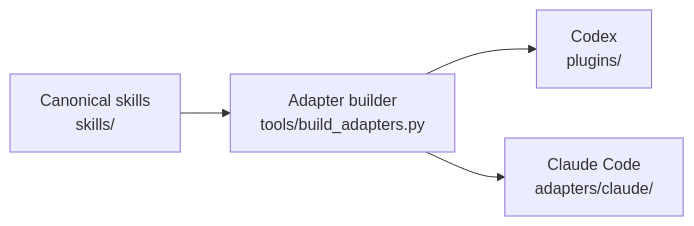
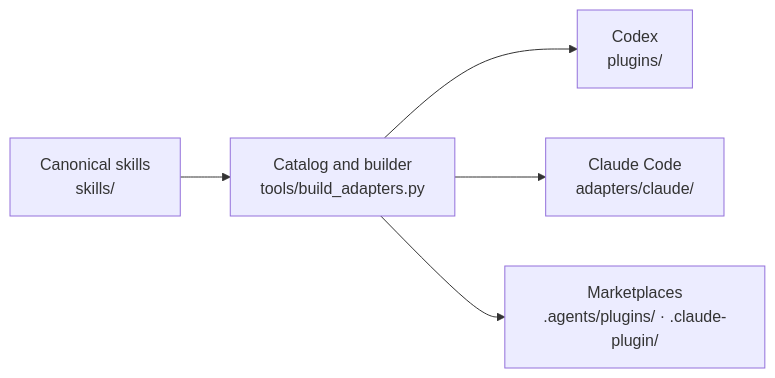
Before and after one commit to Statusnone420/agent-skills: the diagram in README.md, drawn with Mermaid. The commit also changed other lines of this file and 8 other files, not shown here.

First line of the commit message:
Generate plugin manifests and marketplaces from one catalog

````diff
--- a/README.md
+++ b/README.md
@@ -43,6 +43,7 @@
 ```mermaid
 flowchart LR
-    S["Canonical skills<br/>skills/"] --> B["Adapter builder<br/>tools/build_adapters.py"]
+    S["Canonical skills<br/>skills/"] --> B["Catalog and builder<br/>tools/build_adapters.py"]
     B --> C["Codex<br/>plugins/"]
     B --> A["Claude Code<br/>adapters/claude/"]
+    B --> M["Marketplaces<br/>.agents/plugins/ · .claude-plugin/"]
 ```
````
